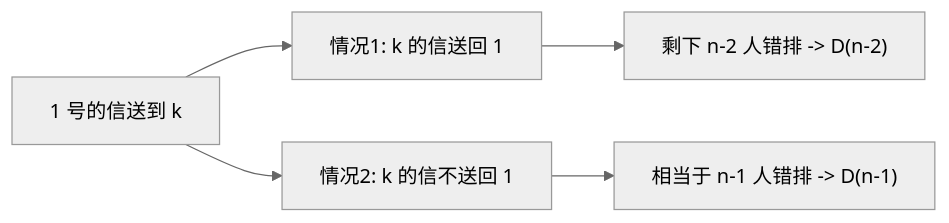
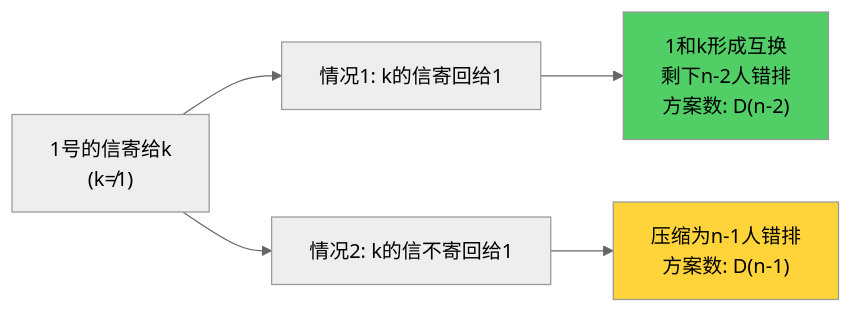
Before and after one commit to freeedoooooo/algs: the second of 2 diagrams in my-notes/01-基础巩固/12-暴力递归到动态规划1-递归尝试/23-课前小练3-村民寄信问题.md, drawn with Mermaid (neutral theme). The commit also changed other lines of this file, not shown here.

````diff
--- a/my-notes/01-基础巩固/12-暴力递归到动态规划1-递归尝试/23-课前小练3-村民寄信问题.md
+++ b/my-notes/01-基础巩固/12-暴力递归到动态规划1-递归尝试/23-课前小练3-村民寄信问题.md
@@ -63,7 +76,9 @@
 ```mermaid
 graph LR
-    A["1 号的信送到 k"] --> B["情况1: k 的信送回 1"]
-    A --> C["情况2: k 的信不送回 1"]
-    B --> D["剩下 n-2 人错排 -> D(n-2)"]
-    C --> E["相当于 n-1 人错排 -> D(n-1)"]
+    A["1号的信寄给k<br/>(k≠1)"] --> B["情况1: k的信寄回给1"]
+    A --> C["情况2: k的信不寄回给1"]
+    B --> D["1和k形成互换<br/>剩下n-2人错排<br/>方案数: D(n-2)"]
+    C --> E["压缩为n-1人错排<br/>方案数: D(n-1)"]
+    style D fill:#51cf66
+    style E fill:#ffd43b
 ```
````
